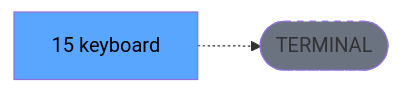
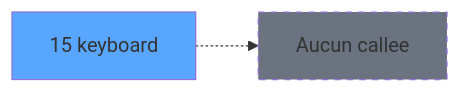
Before and after one commit to thonyAGP/magic-migration: the third of 3 diagrams in .openspec/specs/ADH-IDE-15.md, drawn with Mermaid. The commit also changed other lines of this file and 253 other files, not shown here.

````diff
--- a/.openspec/specs/ADH-IDE-15.md
+++ b/.openspec/specs/ADH-IDE-15.md
@@ -134,8 +942,8 @@
 ```mermaid
 graph LR
-    T[15 keyboard]
-    TERM([TERMINAL])
-    T -.-> TERM
-    style TERM fill:#6b7280,stroke-dasharray: 5 5
-    style T fill:#58a6ff,color:#000
+    T15[15 keyboard]
+    style T15 fill:#58a6ff
+    NONE[Aucun callee]
+    T15 -.-> NONE
+    style NONE fill:#6b7280,stroke-dasharray: 5 5
 ```
````
